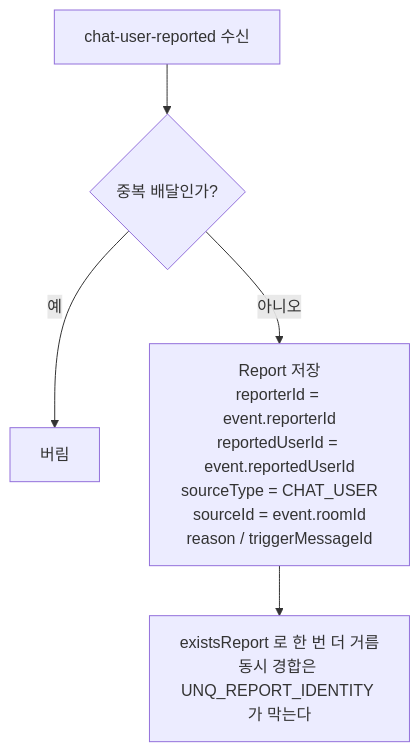
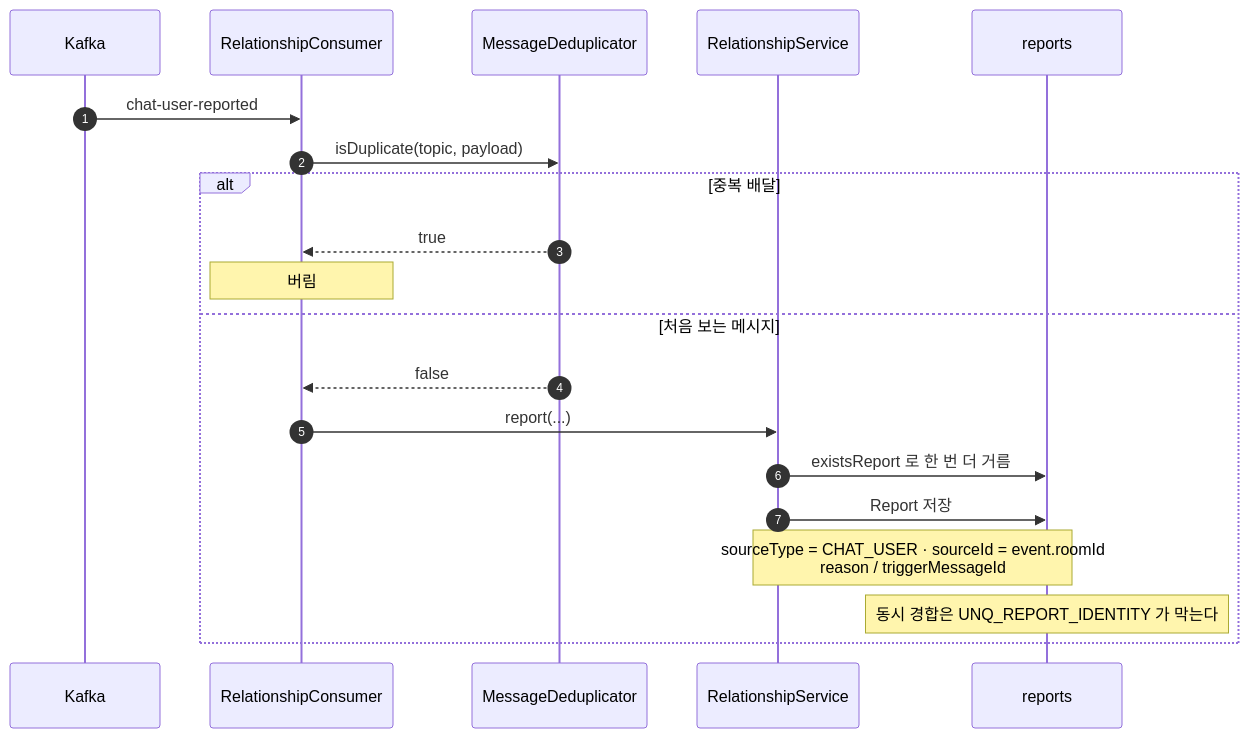
Before and after one commit to rvlwldev/langlez-backend: the third of 14 diagrams in ARCHITECTURE.md, drawn with Mermaid. The commit also changed other lines of this file, not shown here.

First line of the commit message:
docs(architecture): 이벤트 흐름을 시퀀스 다이어그램으로 (#28)

````diff
--- a/ARCHITECTURE.md
+++ b/ARCHITECTURE.md
@@ -100,7 +121,24 @@
 ```mermaid
-flowchart TD
-    A["chat-user-reported 수신"] --> B{"중복 배달인가?"}
-    B -- 예 --> C["버림"]
-    B -- 아니오 --> D["Report 저장<br/>reporterId = event.reporterId<br/>reportedUserId = event.reportedUserId<br/>sourceType = CHAT_USER<br/>sourceId = event.roomId<br/>reason / triggerMessageId"]
-    D --> E["existsReport 로 한 번 더 거름<br/>동시 경합은 UNQ_REPORT_IDENTITY 가 막는다"]
+sequenceDiagram
+    autonumber
+    participant K as Kafka
+    participant C as RelationshipConsumer
+    participant D as MessageDeduplicator
+    participant S as RelationshipService
+    participant DB as reports
+
+    K->>C: chat-user-reported
+    C->>D: isDuplicate(topic, payload)
+
+    alt 중복 배달
+        D-->>C: true
+        Note over C: 버림
+    else 처음 보는 메시지
+        D-->>C: false
+        C->>S: report(...)
+        S->>DB: existsReport 로 한 번 더 거름
+        S->>DB: Report 저장
+        Note over S,DB: sourceType = CHAT_USER · sourceId = event.roomId<br/>reason / triggerMessageId
+        Note over DB: 동시 경합은 UNQ_REPORT_IDENTITY 가 막는다
+    end
 ```
````
